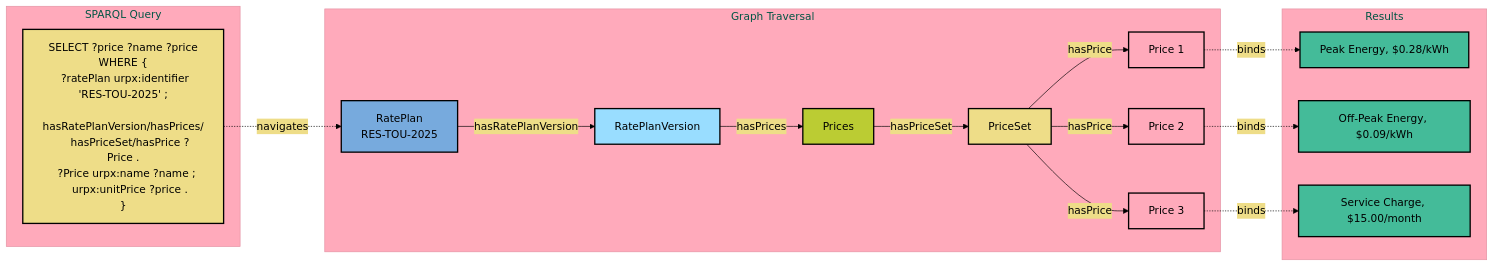
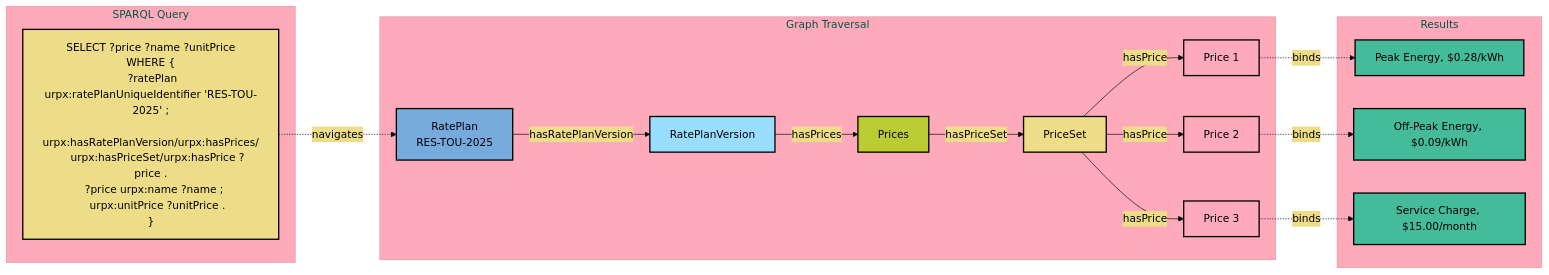
The diagram in documentation/diagrams/urpx-sparql-query-visual.mmd (urpx-org/urpx), drawn with Mermaid before and after one commit. The commit also changed 11 other files, not shown here.

First line of the commit message:
docs: sync v0.2.0 docs, diagrams, and validation guidance

```diff
--- a/documentation/diagrams/urpx-sparql-query-visual.mmd
+++ b/documentation/diagrams/urpx-sparql-query-visual.mmd
@@ -1,50 +1,50 @@
 %% SPDX-FileCopyrightText: Flux Tailor LLC
 %% SPDX-License-Identifier: Apache-2.0
 %% SPDX-Transition-License-After-Draft: W3C-20231102
 %% Comment: Will transition to W3C Document License upon Working Group Draft acceptance. See TRANSITION.md.
 
 %%{init: {'theme':'base', 'themeVariables': { 'primaryColor':'#77AADD', 'primaryTextColor':'#000', 'primaryBorderColor':'#000', 'lineColor':'#000', 'secondaryColor':'#EEDD88', 'tertiaryColor':'#FFAABB', 'background':'transparent'}}}%%
 graph LR
     subgraph "SPARQL Query"
-        Q["SELECT ?price ?name ?price<br/>WHERE {<br/>  ?ratePlan urpx:identifier 'RES-TOU-2025' ;<br/>    hasRatePlanVersion/hasPrices/<br/>    hasPriceSet/hasPrice ?Price .<br/>  ?Price urpx:name ?name ;<br/>    urpx:unitPrice ?price .<br/>}"]
+        Q["SELECT ?price ?name ?unitPrice<br/>WHERE {<br/>  ?ratePlan urpx:ratePlanUniqueIdentifier 'RES-TOU-2025' ;<br/>    urpx:hasRatePlanVersion/urpx:hasPrices/<br/>    urpx:hasPriceSet/urpx:hasPrice ?price .<br/>  ?price urpx:name ?name ;<br/>    urpx:unitPrice ?unitPrice .<br/>}"]
     end
     
     subgraph "Graph Traversal"
         RP[RatePlan<br/>RES-TOU-2025]
         RPV[RatePlanVersion]
         PRC[Prices]
         PS[PriceSet]
         P1[Price 1]
         P2[Price 2]
         P3[Price 3]
         
         RP -->|hasRatePlanVersion| RPV
         RPV -->|hasPrices| PRC
         PRC -->|hasPriceSet| PS
         PS -->|hasPrice| P1
         PS -->|hasPrice| P2
         PS -->|hasPrice| P3
     end
     
     subgraph "Results"
         R1["Peak Energy, $0.28/kWh"]
         R2["Off-Peak Energy, $0.09/kWh"]
         R3["Service Charge, $15.00/month"]
     end
     
     Q -.->|navigates| RP
     P1 -.->|binds| R1
     P2 -.->|binds| R2
     P3 -.->|binds| R3
     
     style Q fill:#EEDD88,stroke:#000,stroke-width:2px,color:#000
     style RP fill:#77AADD,stroke:#000,stroke-width:2px,color:#000
     style RPV fill:#99DDFF,stroke:#000,stroke-width:2px,color:#000
     style PRC fill:#BBCC33,stroke:#000,stroke-width:2px,color:#000
     style PS fill:#EEDD88,stroke:#000,stroke-width:2px,color:#000
     style P1 fill:#FFAABB,stroke:#000,stroke-width:2px,color:#000
     style P2 fill:#FFAABB,stroke:#000,stroke-width:2px,color:#000
     style P3 fill:#FFAABB,stroke:#000,stroke-width:2px,color:#000
     style R1 fill:#44BB99,stroke:#000,stroke-width:2px,color:#000
     style R2 fill:#44BB99,stroke:#000,stroke-width:2px,color:#000
     style R3 fill:#44BB99,stroke:#000,stroke-width:2px,color:#000
```
